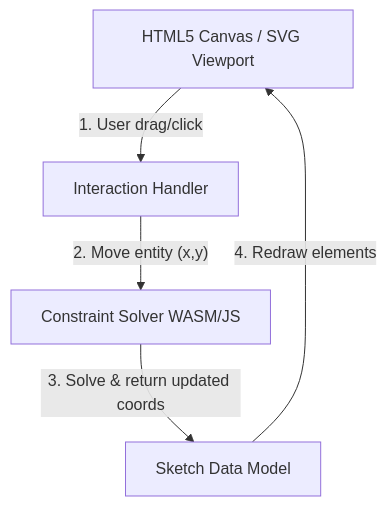
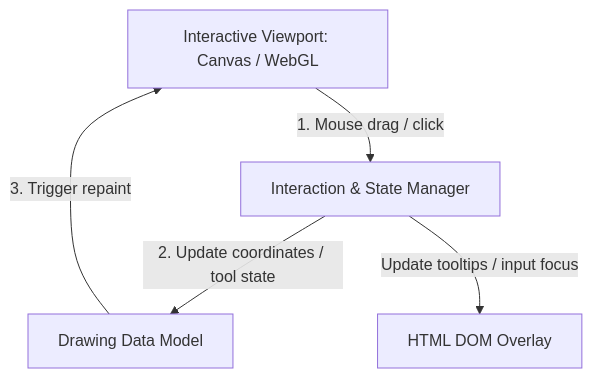
One commit to gonzojive/webcad changed the diagram in docs/research/web_2d_drawing_frameworks.md. Above: the diagram before and after it, drawn with Mermaid. The commit also changed other lines of this file, not shown here.

Commit message:
docs: strip GCS and modeling kernel concerns from web frameworks report

````diff
--- a/docs/research/web_2d_drawing_frameworks.md
+++ b/docs/research/web_2d_drawing_frameworks.md
@@ -14,7 +14,7 @@
 ```mermaid
 graph TD
-    UI[HTML5 Canvas / SVG Viewport] -- "1. User drag/click" --> Input[Interaction Handler]
-    Input -- "2. Move entity (x,y)" --> Solver[Constraint Solver WASM/JS]
-    Solver -- "3. Solve & return updated coords" --> Model[Sketch Data Model]
-    Model -- "4. Redraw elements" --> UI
+    UI[Interactive Viewport: Canvas / WebGL] -- "1. Mouse drag / click" --> Input[Interaction & State Manager]
+    Input -- "2. Update coordinates / tool state" --> Model[Drawing Data Model]
+    Model -- "3. Trigger repaint" --> UI
+    Input -- "Update tooltips / input focus" --> Overlay[HTML DOM Overlay]
 ```
````
